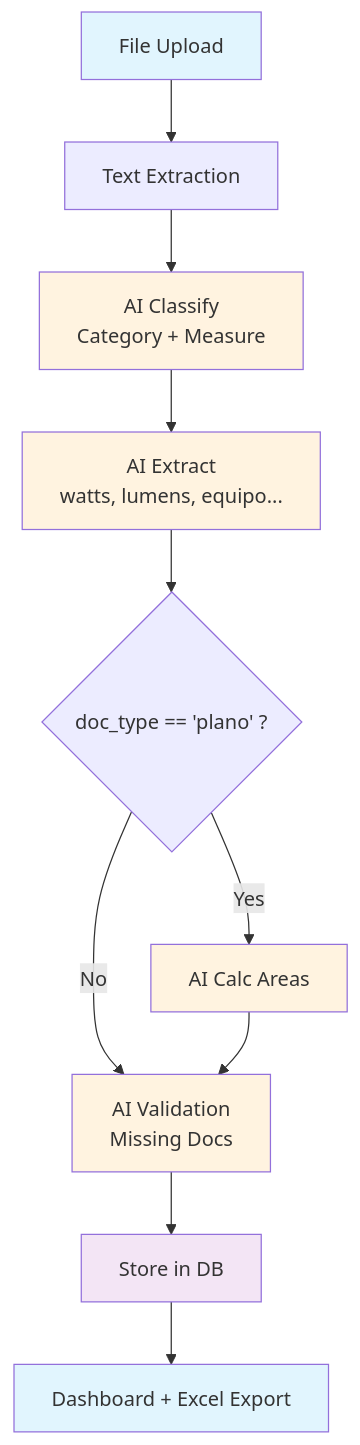
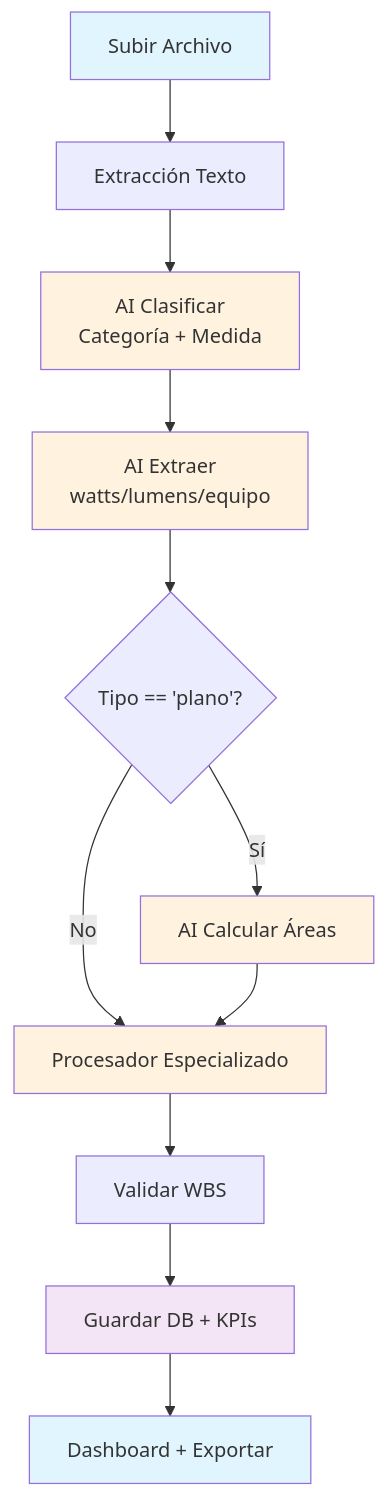
The second of 2 diagrams in README.md (gproatechnology/GProA_EOSIS_Edge), drawn with Mermaid before and after one commit. The commit also changed other lines of this file and 3 other files, not shown here.

````diff
--- a/README.md
+++ b/README.md
@@ -48,19 +78,20 @@
 ```mermaid
 flowchart TD
-    A[File Upload] --> B[Text Extraction]
-    B --> C[AI Classify<br/>Category + Measure]
-    C --> D[AI Extract<br/>watts, lumens, equipo...]
-    D --> E{doc_type == 'plano' ?}
-    E -->|Yes| F[AI Calc Areas]
-    E -->|No| G[AI Validation<br/>Missing Docs]
+    A[Subir Archivo] --> B[Extracción Texto]
+    B --> C[AI Clasificar<br/>Categoría + Medida]
+    C --> D[AI Extraer<br/>watts/lumens/equipo]
+    D --> E{Tipo == 'plano'?}
+    E -->|Sí| F[AI Calcular Áreas]
+    E -->|No| G[Procesador Especializado]
     F --> G
-    G --> H[Store in DB]
-    H --> I[Dashboard + Excel Export]
+    G --> H[Validar WBS]
+    H --> I[Guardar DB + KPIs]
+    I --> J[Dashboard + Exportar]
 
-    classDef startEnd fill:#e1f5fe
+    classDef inicioFin fill:#e1f5fe
     classDef ai fill:#fff3e0
     classDef db fill:#f3e5f5
-    class A,I startEnd
+    class A,J inicioFin
     class C,D,F,G ai
-    class H db
+    class I db
 ```
````
